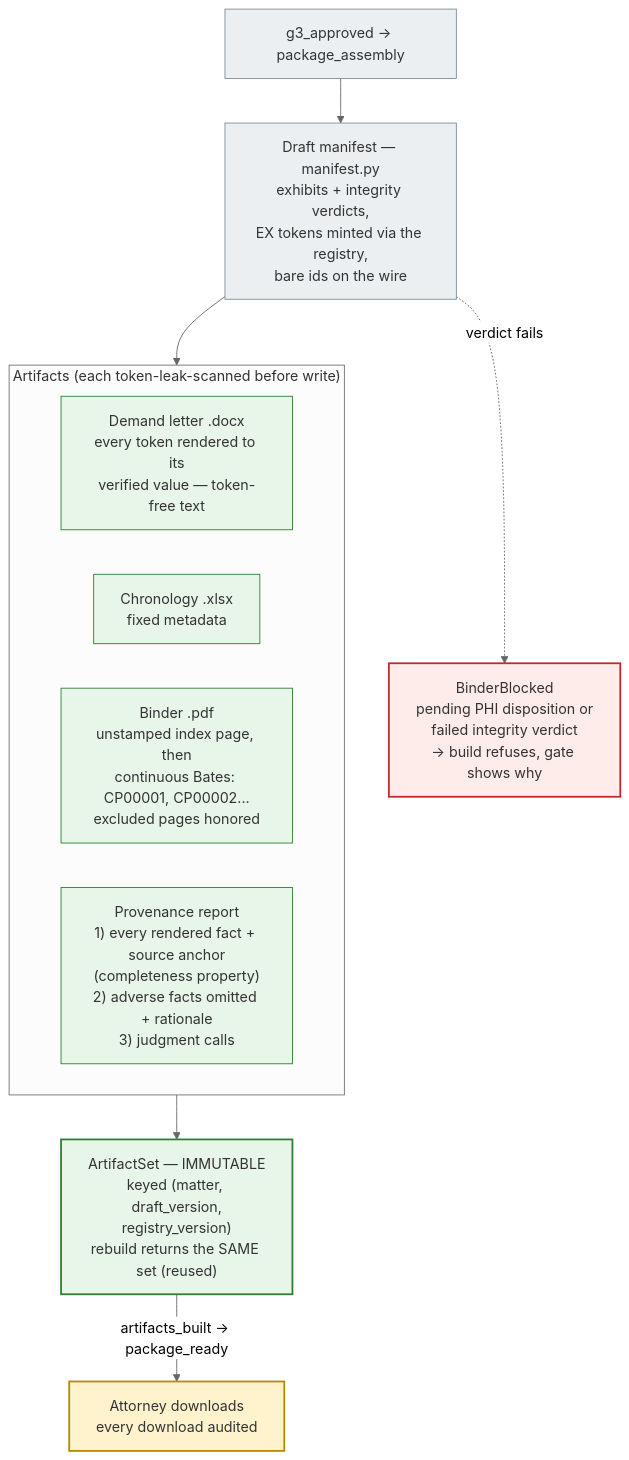
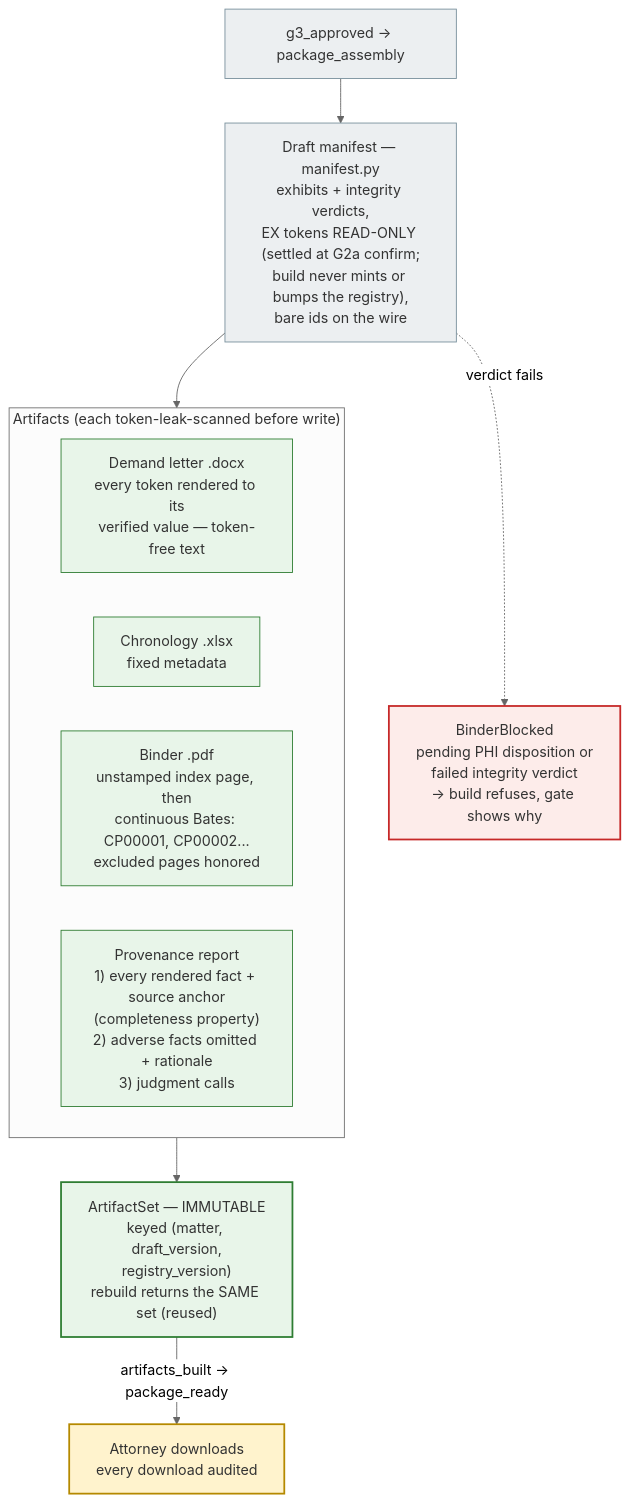
The diagram in systemflows/package_assembly.md (foundersclai/clarionpi), drawn with Mermaid (neutral theme) before and after one commit. The commit also changed other lines of this file and 50 other files, not shown here.

````diff
--- a/systemflows/package_assembly.md
+++ b/systemflows/package_assembly.md
@@ -8,27 +8,27 @@
 ```mermaid
 flowchart TB
     g3["g3_approved -> package_assembly"]:::auto
-    man["Draft manifest — manifest.py<br/>exhibits + integrity verdicts,<br/>EX tokens minted via the registry,<br/>bare ids on the wire"]:::auto
+    man["Draft manifest — manifest.py<br/>exhibits + integrity verdicts,<br/>EX tokens READ-ONLY (settled at G2a confirm;<br/>build never mints or bumps the registry),<br/>bare ids on the wire"]:::auto
     blocked["BinderBlocked<br/>pending PHI disposition or<br/>failed integrity verdict<br/>-> build refuses, gate shows why"]:::guard
 
     subgraph artifacts["Artifacts (each token-leak-scanned before write)"]
         docx["Demand letter .docx<br/>every token rendered to its<br/>verified value — token-free text"]:::artifact
         xlsx["Chronology .xlsx<br/>fixed metadata"]:::artifact
         binder["Binder .pdf<br/>unstamped index page, then<br/>continuous Bates: CP00001, CP00002...<br/>excluded pages honored"]:::artifact
         prov["Provenance report<br/>1) every rendered fact + source anchor<br/>(completeness property)<br/>2) adverse facts omitted + rationale<br/>3) judgment calls"]:::artifact
     end
 
     set["ArtifactSet — IMMUTABLE<br/>keyed (matter, draft_version,<br/>registry_version)<br/>rebuild returns the SAME set (reused)"]:::terminal
     dl["Attorney downloads<br/>every download audited"]:::gate
 
     g3 --> man
     man -. "verdict fails" .-> blocked
     man --> artifacts --> set
     set -- "artifacts_built -> package_ready" --> dl
 
     classDef auto fill:#eceff1,stroke:#78909c,color:#333
     classDef gate fill:#fff3cd,stroke:#b58900,stroke-width:2px,color:#333
     classDef guard fill:#fdecea,stroke:#c62828,stroke-width:2px,color:#333
     classDef artifact fill:#e8f5e9,stroke:#2e7d32,color:#333
     classDef terminal fill:#e8f5e9,stroke:#2e7d32,stroke-width:2px,color:#333
 ```
````
